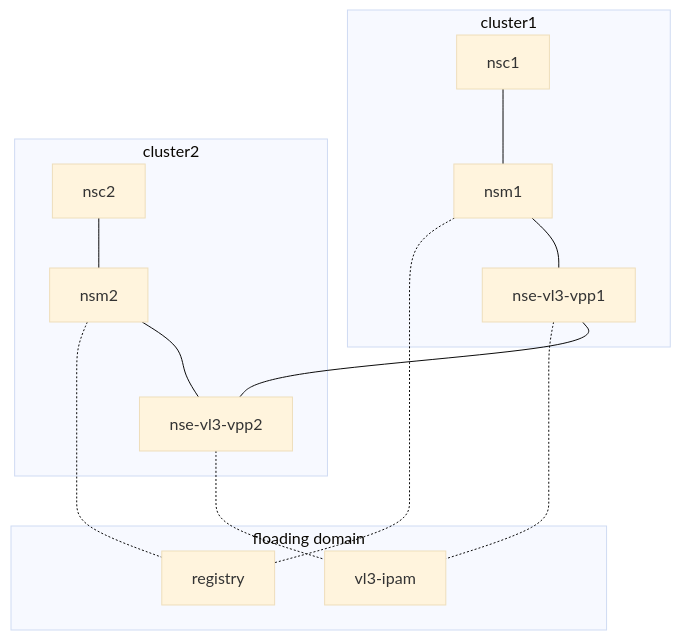
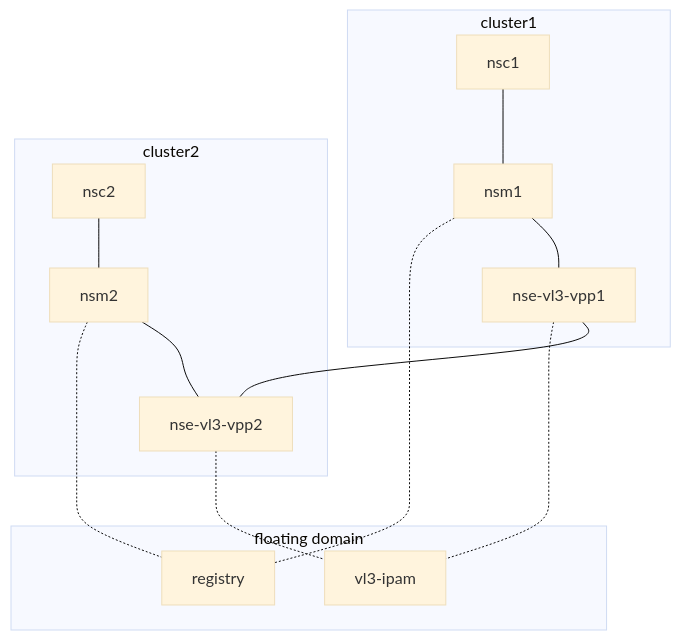
One commit to networkservicemesh/deployments-k8s changed the diagram in examples/floating_interdomain/usecases/FloatingVl3/README.md. Above: the diagram before and after it, drawn with Mermaid (base theme). The commit also changed other lines of this file and 8 other files, not shown here.

````diff
--- a/examples/floating_interdomain/usecases/FloatingVl3/README.md
+++ b/examples/floating_interdomain/usecases/FloatingVl3/README.md
@@ -7,18 +7,18 @@
 ```mermaid
 flowchart TB
     nse-vl3-vpp1-.-vl3-ipam
     nse-vl3-vpp2-.-vl3-ipam
     nse-vl3-vpp1---nse-vl3-vpp2  
     nsm1-.-registry
     nsm2-.-registry
     subgraph cluster1
     nsc1---nsm1---nse-vl3-vpp1
     end
     subgraph cluster2
     nsc2---nsm2---nse-vl3-vpp2
     end
-    subgraph floading domain
+    subgraph floating domain
     vl3-ipam
     registry
     end
 ```
````
